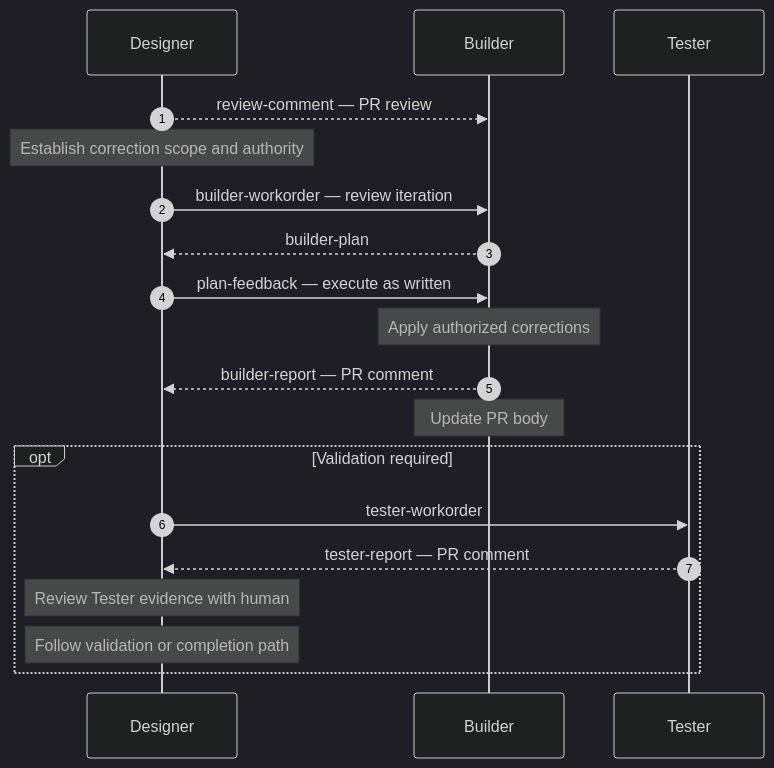
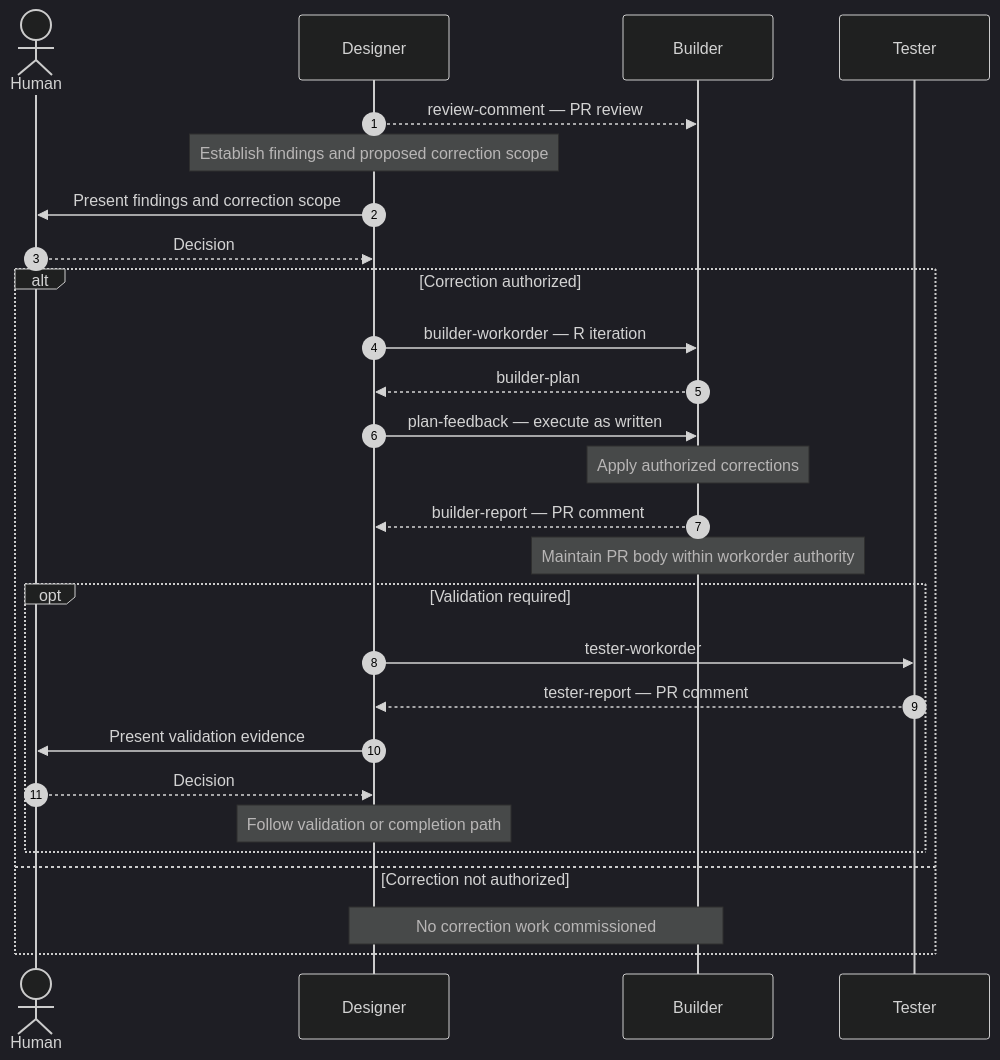
Before and after one commit to iamthenop/infurnet-skills: the fifth of 6 diagrams in skills/agent-workflow/references/master-workflow.md, drawn with Mermaid (dark theme). The commit also changed other lines of this file and 9 other files, not shown here.

````diff
--- a/skills/agent-workflow/references/master-workflow.md
+++ b/skills/agent-workflow/references/master-workflow.md
@@ -279,28 +304,38 @@
 ```mermaid
 sequenceDiagram
     autonumber
 
+    actor H as Human
     participant D as Designer
     participant B as Builder
     participant T as Tester
 
     D-->>B: review-comment — PR review
 
-    Note over D: Establish correction scope and authority
+    Note over D: Establish findings and proposed correction scope
 
-    D->>B: builder-workorder — review iteration
-    B-->>D: builder-plan
-    D->>B: plan-feedback — execute as written
+    D->>H: Present findings and correction scope
+    H-->>D: Decision
 
-    Note over B: Apply authorized corrections
+    alt Correction authorized
+        D->>B: builder-workorder — R iteration
+        B-->>D: builder-plan
+        D->>B: plan-feedback — execute as written
 
-    B-->>D: builder-report — PR comment
-    Note over B: Update PR body
+        Note over B: Apply authorized corrections
 
-    opt Validation required
-        D->>T: tester-workorder
-        T-->>D: tester-report — PR comment
-        Note over D: Review Tester evidence with human
-        Note over D: Follow validation or completion path
+        B-->>D: builder-report — PR comment
+        Note over B: Maintain PR body within workorder authority
+
+        opt Validation required
+            D->>T: tester-workorder
+            T-->>D: tester-report — PR comment
+            D->>H: Present validation evidence
+            H-->>D: Decision
+            Note over D: Follow validation or completion path
+        end
+
+    else Correction not authorized
+        Note over D,B: No correction work commissioned
     end
 ```
````
